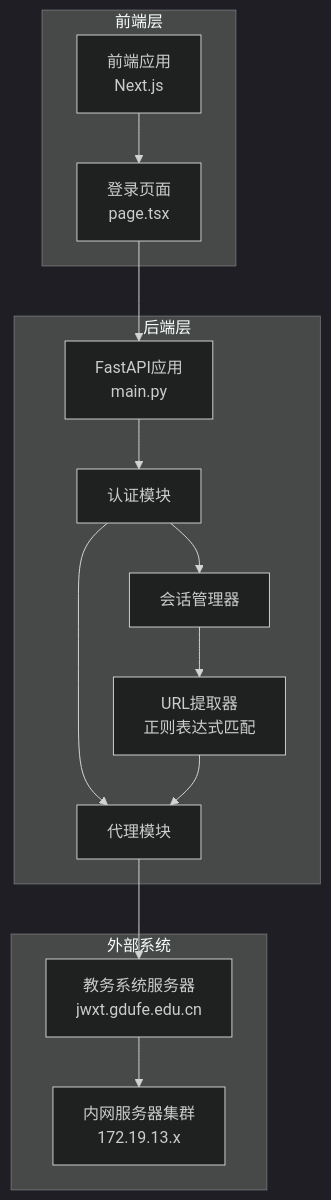
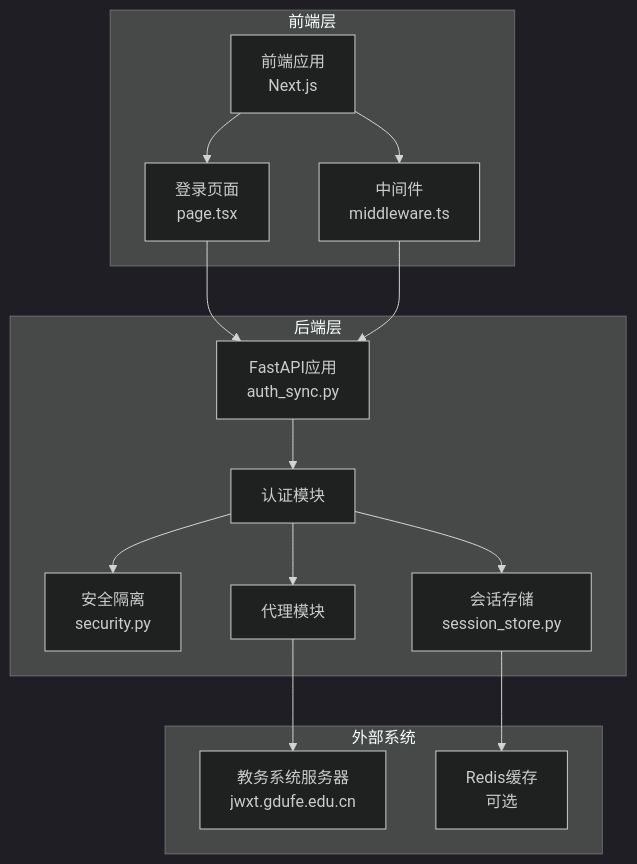
The first of 9 diagrams in .qoder/repowiki/zh/content/后端API文档/用户认证API.md (ghbbn053-ship-itsoulddog/soulddog), drawn with Mermaid (dark theme) before and after one commit. The commit also changed other lines of this file and 119 other files, not shown here.

````diff
--- a/.qoder/repowiki/zh/content/后端API文档/用户认证API.md
+++ b/.qoder/repowiki/zh/content/后端API文档/用户认证API.md
@@ -48,27 +55,29 @@
 ```mermaid
 graph TB
 subgraph "前端层"
 FE[前端应用<br/>Next.js]
 Login[登录页面<br/>page.tsx]
+Middleware[中间件<br/>middleware.ts]
 end
 subgraph "后端层"
-API[FastAPI应用<br/>main.py]
+API[FastAPI应用<br/>auth_sync.py]
+Security[安全隔离<br/>security.py]
+SessionStore[会话存储<br/>session_store.py]
 Auth[认证模块]
 Proxy[代理模块]
-SessionMgr[会话管理器]
-URLExtractor[URL提取器<br/>正则表达式匹配]
 end
 subgraph "外部系统"
 JWXT[教务系统服务器<br/>jwxt.gdufe.edu.cn]
-Servers[内网服务器集群<br/>172.19.13.x]
+Redis[Redis缓存<br/>可选]
 end
 FE --> Login
+FE --> Middleware
 Login --> API
+Middleware --> API
 API --> Auth
+Auth --> SessionStore
+Auth --> Security
+SessionStore --> Redis
 Auth --> Proxy
-Auth --> SessionMgr
-SessionMgr --> URLExtractor
 Proxy --> JWXT
-JWXT --> Servers
-URLExtractor --> Proxy
 ```
````
